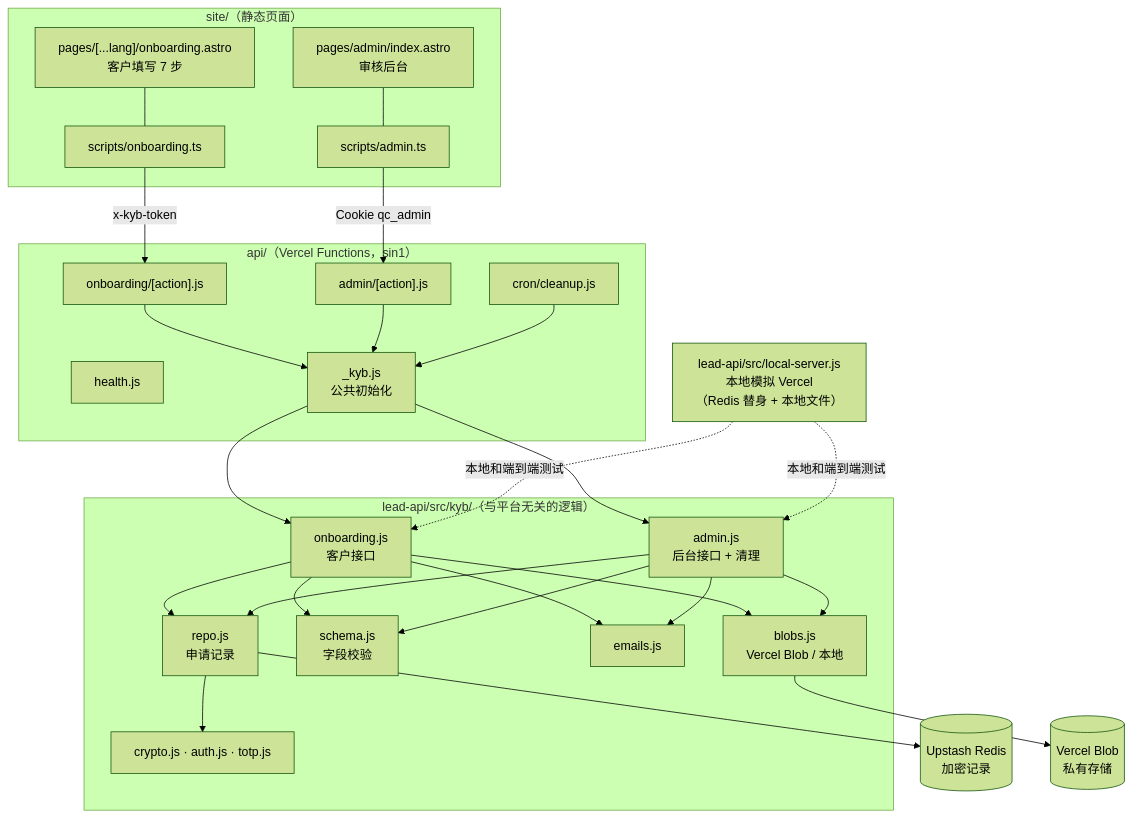
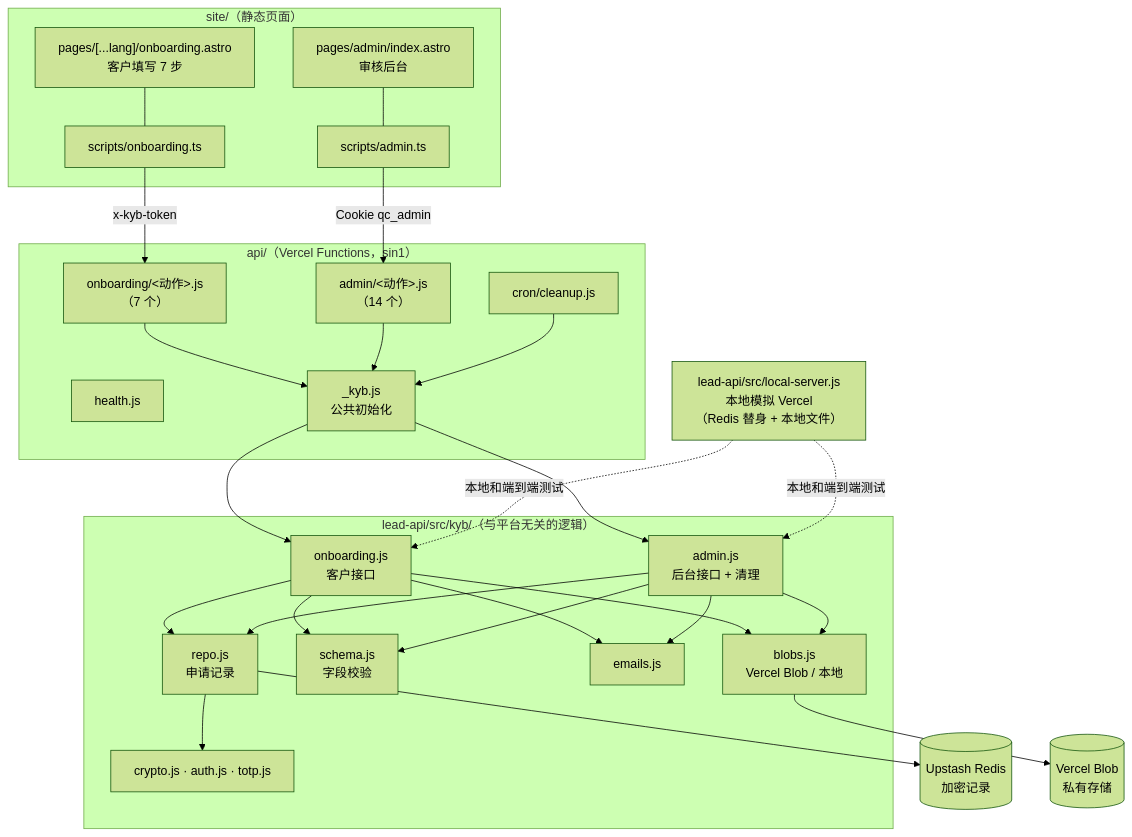
The first of 3 diagrams in 技术方案/v3-技术方案.md (dollar3651314/amos111), drawn with Mermaid (forest theme) before and after one commit. The commit also changed other lines of this file and 29 other files, not shown here.

````diff
--- a/技术方案/v3-技术方案.md
+++ b/技术方案/v3-技术方案.md
@@ -9,35 +9,35 @@
 ```mermaid
 flowchart TB
     subgraph SITE["site/（静态页面）"]
         OB["pages/[...lang]/onboarding.astro<br/>客户填写 7 步"]
         AD["pages/admin/index.astro<br/>审核后台"]
         SO["scripts/onboarding.ts"]
         SA["scripts/admin.ts"]
         OB --- SO
         AD --- SA
     end
     subgraph API["api/（Vercel Functions，sin1）"]
-        E1["onboarding/[action].js"]
-        E2["admin/[action].js"]
+        E1["onboarding/&lt;动作&gt;.js<br/>（7 个）"]
+        E2["admin/&lt;动作&gt;.js<br/>（14 个）"]
         E3["cron/cleanup.js"]
         E4["health.js"]
         K["_kyb.js<br/>公共初始化"]
     end
     subgraph CORE["lead-api/src/kyb/（与平台无关的逻辑）"]
         H1["onboarding.js<br/>客户接口"]
         H2["admin.js<br/>后台接口 + 清理"]
         R["repo.js<br/>申请记录"]
         S["schema.js<br/>字段校验"]
         C["crypto.js · auth.js · totp.js"]
         M["emails.js"]
         B["blobs.js<br/>Vercel Blob / 本地"]
     end
     SO -->|"x-kyb-token"| E1
     SA -->|"Cookie qc_admin"| E2
     E1 & E2 & E3 --> K --> H1 & H2
     H1 & H2 --> R & S & M & B
     R --> C
     R --> RD[("Upstash Redis<br/>加密记录")]
     B --> BL[("Vercel Blob<br/>私有存储")]
     LS["lead-api/src/local-server.js<br/>本地模拟 Vercel<br/>（Redis 替身 + 本地文件）"] -.->|"本地和端到端测试"| H1 & H2
 ```
````
